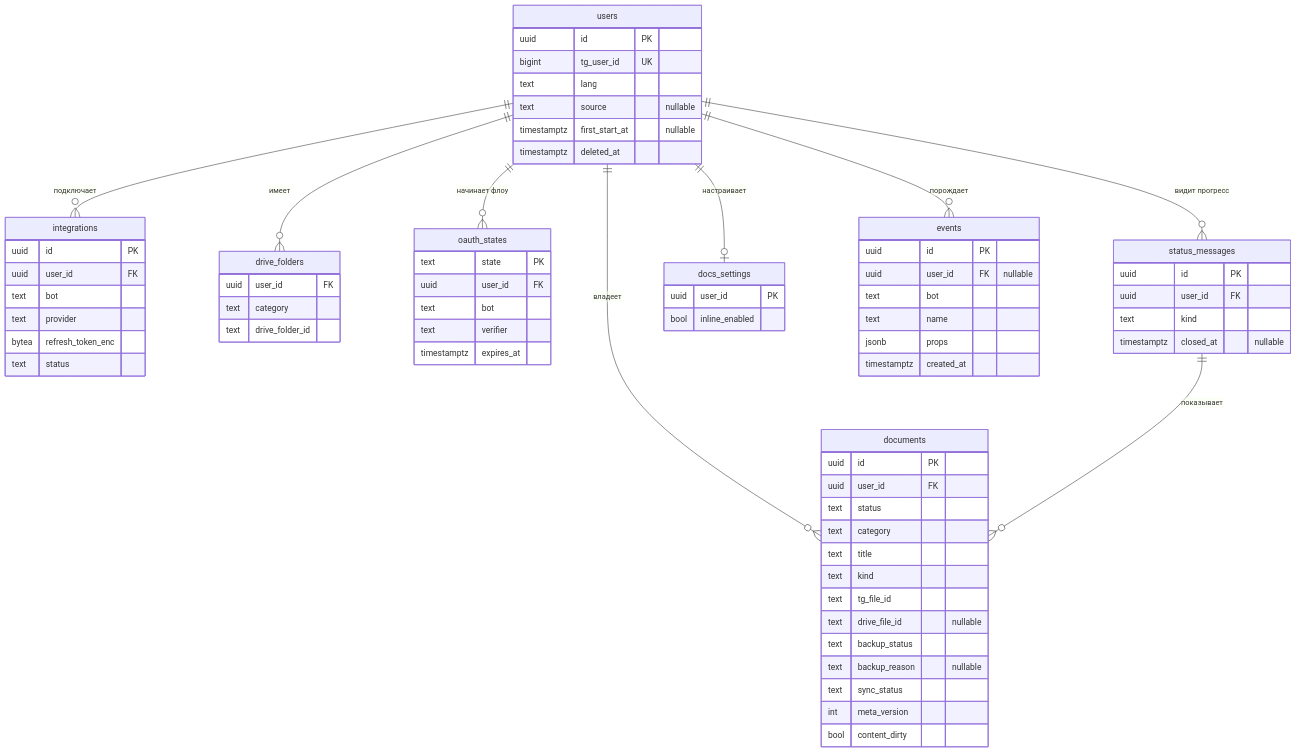
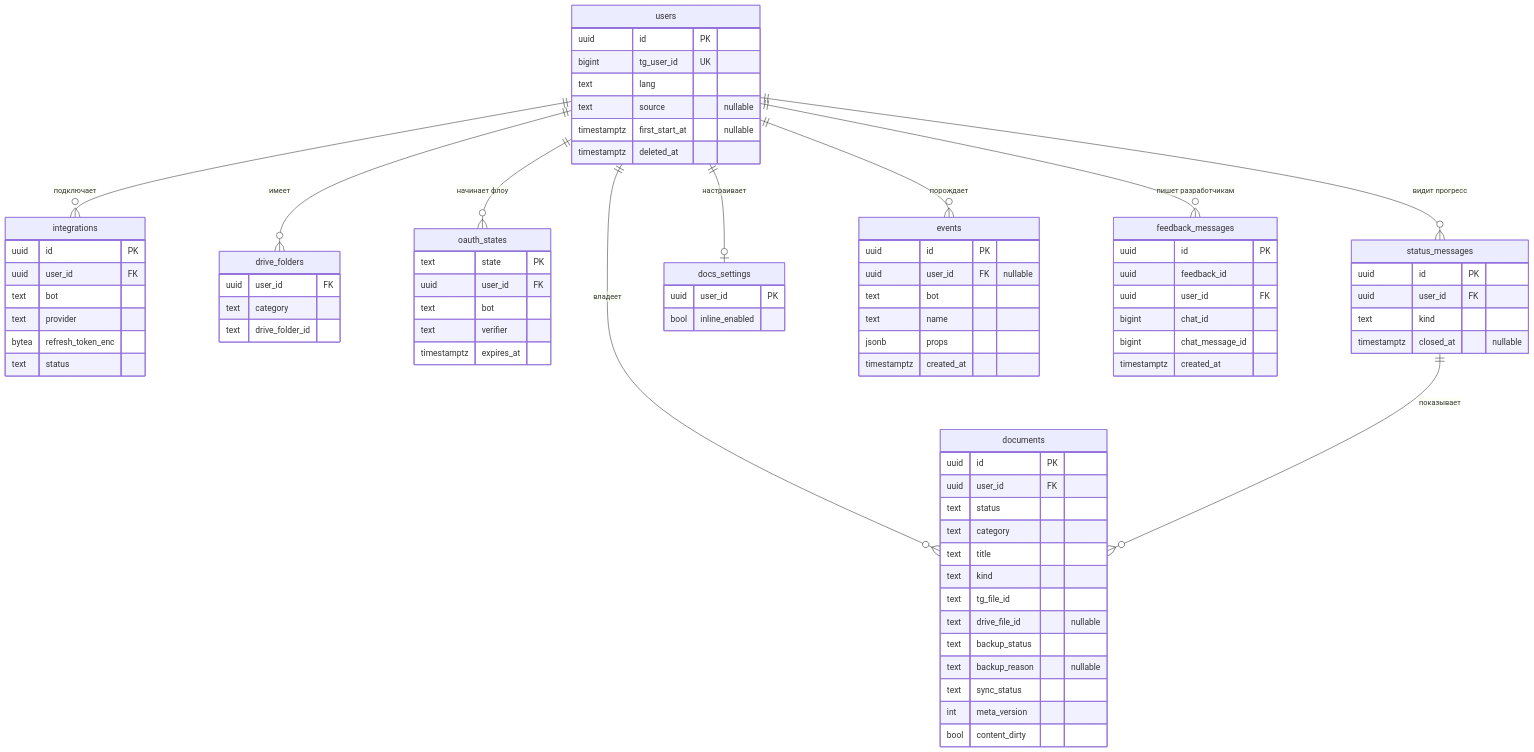
One commit to alexe0110/most-app changed the diagram in docs/model.md. Above: the diagram before and after it, drawn with Mermaid. The commit also changed other lines of this file and 13 other files, not shown here.

Commit message:
feat(docsbot): store feedback message links

````diff
--- a/docs/model.md
+++ b/docs/model.md
@@ -27,73 +28,82 @@
 ```mermaid
 erDiagram
     users ||--o{ integrations : "подключает"
     users ||--o{ documents : "владеет"
     users ||--o{ drive_folders : "имеет"
     users ||--o{ oauth_states : "начинает флоу"
     users ||--o{ status_messages : "видит прогресс"
     users ||--o| docs_settings : "настраивает"
     users ||--o{ events : "порождает"
+    users ||--o{ feedback_messages : "пишет разработчикам"
     status_messages ||--o{ documents : "показывает"
 
     users {
         uuid id PK
         bigint tg_user_id UK
         text lang
         text source "nullable"
         timestamptz first_start_at "nullable"
         timestamptz deleted_at
     }
     integrations {
         uuid id PK
         uuid user_id FK
         text bot
         text provider
         bytea refresh_token_enc
         text status
     }
     oauth_states {
         text state PK
         uuid user_id FK
         text bot
         text verifier
         timestamptz expires_at
     }
     documents {
         uuid id PK
         uuid user_id FK
         text status
         text category
         text title
         text kind
         text tg_file_id
         text drive_file_id "nullable"
         text backup_status
         text backup_reason "nullable"
         text sync_status
         int meta_version
         bool content_dirty
     }
     status_messages {
         uuid id PK
         uuid user_id FK
         text kind
         timestamptz closed_at "nullable"
     }
     docs_settings {
         uuid user_id PK
         bool inline_enabled
     }
     events {
         uuid id PK
         uuid user_id FK "nullable"
         text bot
         text name
         jsonb props
         timestamptz created_at
     }
+    feedback_messages {
+        uuid id PK
+        uuid feedback_id
+        uuid user_id FK
+        bigint chat_id
+        bigint chat_message_id
+        timestamptz created_at
+    }
     drive_folders {
         uuid user_id FK
         text category
         text drive_folder_id
     }
 ```
````
